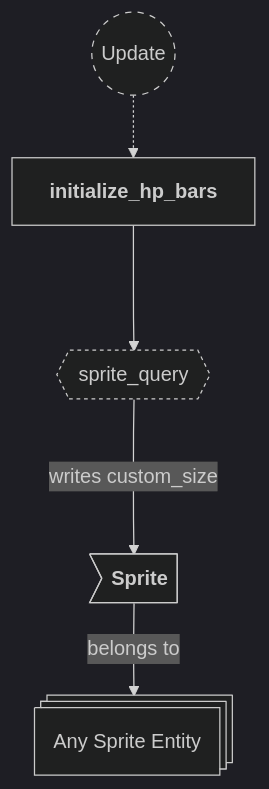
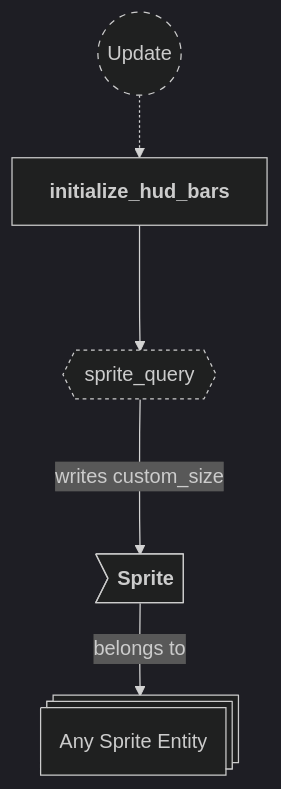
One commit to neurosoup/tyled changed the tenth of 11 diagrams in backlog/docs/doc-3 - 001-Maps-plugin.md. Above: the diagram before and after it, drawn with Mermaid. The commit also changed other lines of this file and 4 other files, not shown here.

````diff
--- a/backlog/docs/doc-3 - 001-Maps-plugin.md
+++ b/backlog/docs/doc-3 - 001-Maps-plugin.md
@@ -437,24 +434,24 @@
 ```mermaid
 ---
 config:
   theme: dark
 ---
 
 flowchart TD
 classDef system-group stroke-dasharray: 5 5
 classDef query stroke-dasharray: 3 3
 
 update(("`Update`")):::system-group
-initialize_hp_bars["`**initialize_hp_bars**`"]
+initialize_hud_bars["`**initialize_hud_bars**`"]
 
-update -.-> initialize_hp_bars
+update -.-> initialize_hud_bars
 
 sprite_query{{"`sprite_query`"}}:::query
-initialize_hp_bars ---> sprite_query
+initialize_hud_bars ---> sprite_query
 
 sprite_entity@{ shape: st-rect, label: "Any Sprite Entity" }
 
 se_sprite>"`**Sprite**`"] --> |belongs to| sprite_entity
 
 sprite_query ---> |writes custom_size| se_sprite
 ```
````
